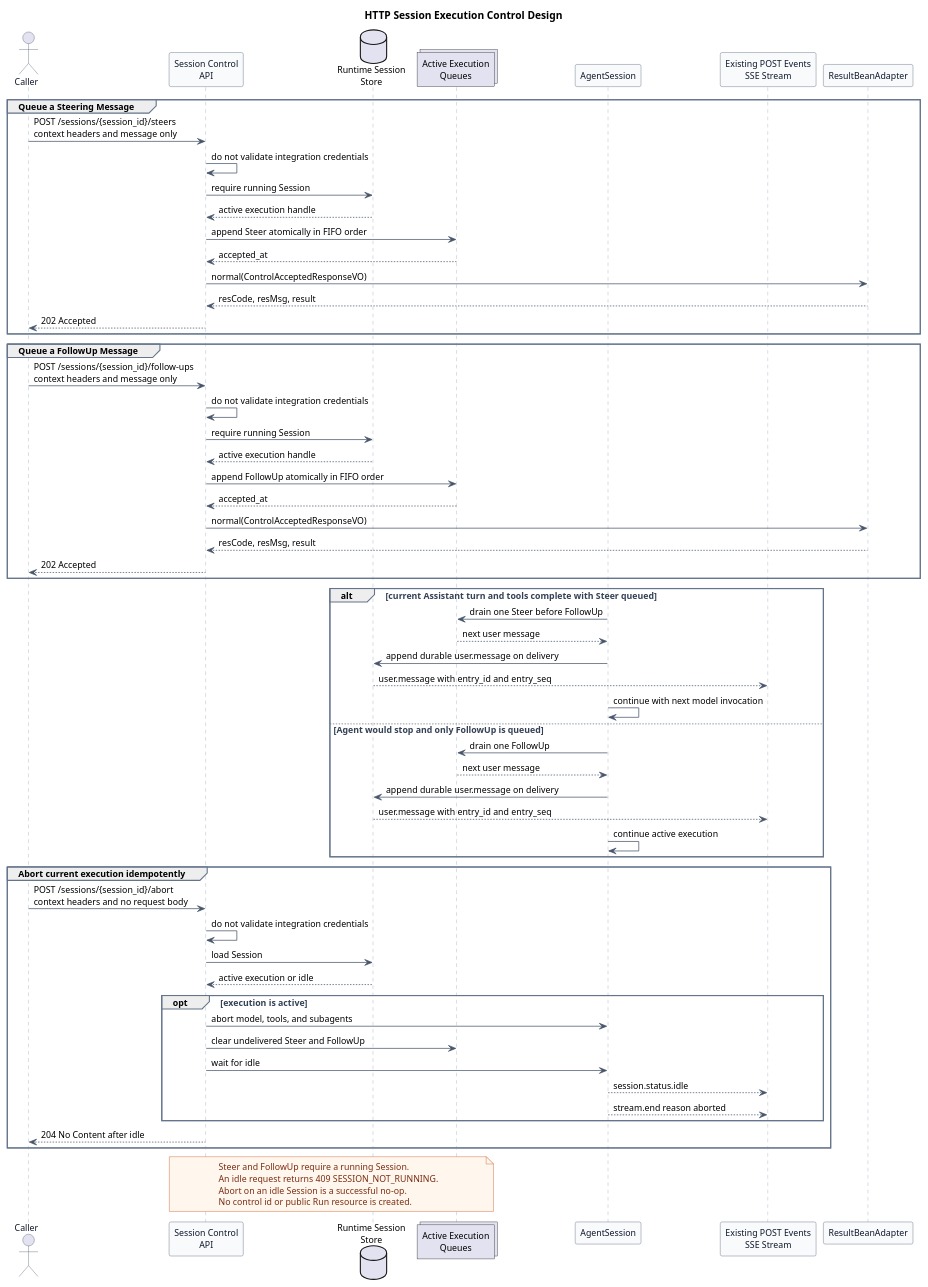
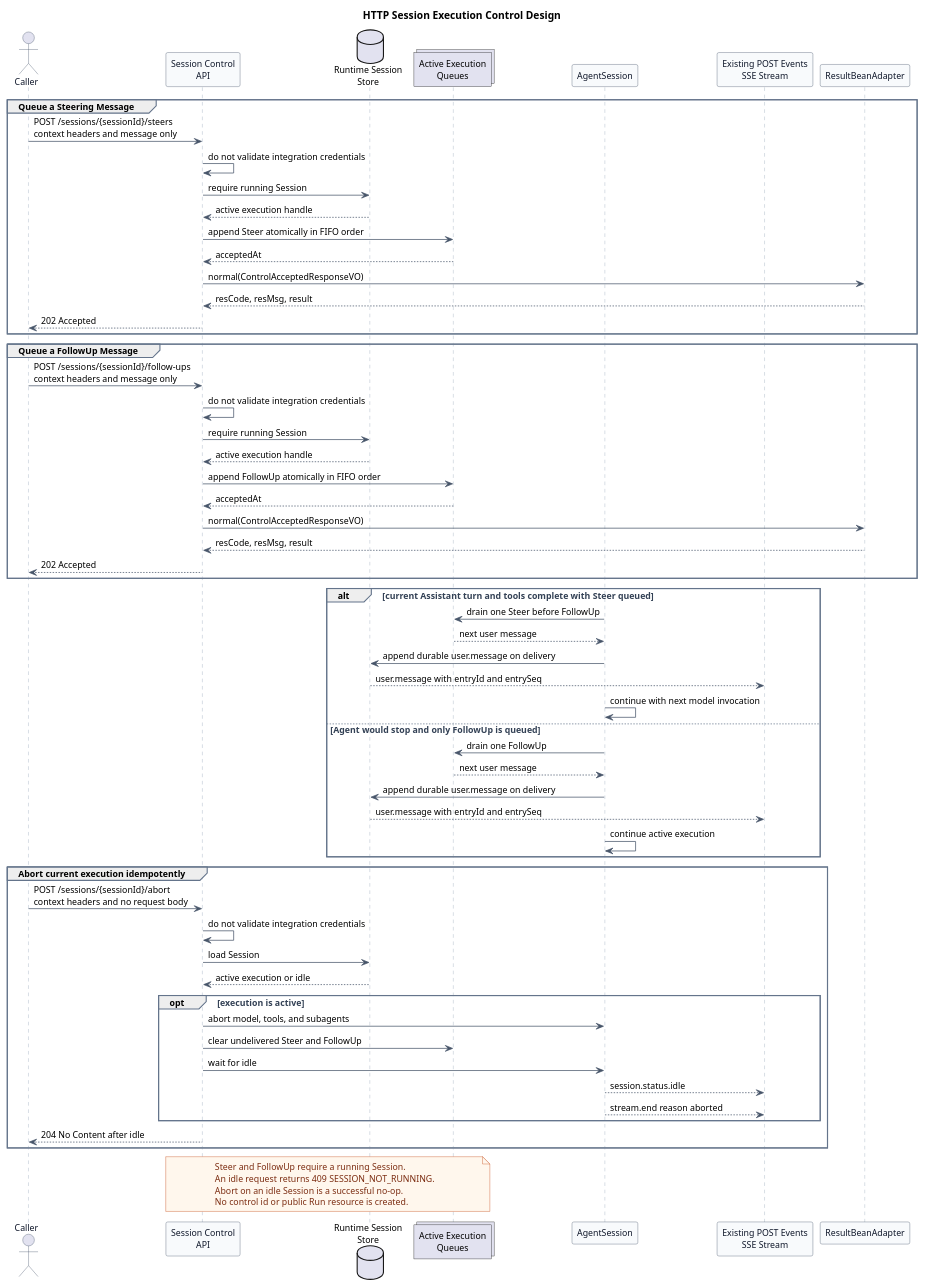
Before and after one commit to ssm0808/pi-mono-java-design: the first of 2 diagrams in pi-mono-java-manager-driven-multi-agent-runtime/diagrams/execution-control/diagram.puml, drawn with PlantUML. The commit also changed other lines of this file and 35 other files, not shown here.

Commit message:
docs(runtime): 统一 HTTP 字段为 lowerCamelCase

```diff
--- a/pi-mono-java-manager-driven-multi-agent-runtime/diagrams/execution-control/diagram.puml
+++ b/pi-mono-java-manager-driven-multi-agent-runtime/diagrams/execution-control/diagram.puml
@@ -1,112 +1,116 @@
 @startuml http_session_execution_controls
 title HTTP Session Execution Control Design
 
 ' Source evidence (pi-mono commit 086c32e74530564922d011ade23ff582c9d63116):
 ' packages/coding-agent/src/core/agent-session.ts, steer, followUp, clearQueue, and abort,
 ' lines 1336-1404 and 1516-1556
 ' packages/agent/src/agent.ts, steer, followUp, abort, and queue drain order,
 ' lines 275-319, 350-390, and 456-492
 ' packages/coding-agent/src/modes/rpc/rpc-mode.ts, steer, follow_up, and abort,
 ' lines 418-430
 ' Source evidence (pi-mono-java commit 8691e8800f05f28afe22499050c29220ef5b7475):
 ' modules/coding-agent-cli/src/main/java/com/campusclaw/codingagent/runtimeapi/session/RuntimeSessionControlService.java.
 ' modules/coding-agent-cli/src/main/java/com/campusclaw/codingagent/runtimeapi/web/RuntimeSessionControlController.java.
 ' modules/coding-agent-cli/src/main/java/com/campusclaw/codingagent/runtimeapi/runtime/RuntimeActiveExecution.java.
+' Source evidence (pi-mono-java commit 304eda06ff603fc9b6bbcaad0c296cc151a7defb):
+' modules/coding-agent-cli/src/main/java/com/campusclaw/codingagent/runtimeapi/vo/ControlMessageAcceptedResponseVO.java.
+' Observed behavior: current Java paths, session_id, and accepted_at response fields are snake_case.
 ' Observed behavior: pi keeps separate steering and follow-up queues, drains steering first,
 ' and aborts the current in-process run. Java now exposes text-only steer, follow-up, and abort.
 ' Observed behavior: three HTTP operations use Session scope because no public Run exists.
 ' Product constraint: v1 accepts text only, fixes one-at-a-time FIFO behavior, and projects
 ' a delivered control message as the existing durable user.message entry type.
 ' Product constraint: all Runtime operations carry integration-context headers without local validation.
+' Architecture change: target path and response fields use lowerCamelCase; header names remain unchanged.
 ' Design reason: separate control responses from the existing POST Events SSE response.
 
 skinparam backgroundColor #FFFFFF
 skinparam shadowing false
 skinparam defaultFontName Arial
 skinparam defaultFontSize 12
 skinparam sequence {
   ArrowColor #475569
   ActorBorderColor #475569
   ActorFontColor #0F172A
   LifeLineBorderColor #94A3B8
   LifeLineBackgroundColor #F8FAFC
   ParticipantBorderColor #475569
   ParticipantBackgroundColor #F8FAFC
   ParticipantFontColor #0F172A
   GroupBorderColor #64748B
   GroupFontColor #334155
 }
 skinparam note {
   BackgroundColor #FFF7ED
   BorderColor #C2410C
   FontColor #7C2D12
 }
 
 actor Caller
 participant "Session Control\nAPI" as API
 database "Runtime Session\nStore" as Store
 collections "Active Execution\nQueues" as Queue
 participant "AgentSession" as Session
 participant "Existing POST Events\nSSE Stream" as SSE
 participant ResultBeanAdapter
 
 group Queue a Steering Message
-  Caller -> API : POST /sessions/{session_id}/steers\ncontext headers and message only
+  Caller -> API : POST /sessions/{sessionId}/steers\ncontext headers and message only
   API -> API : do not validate integration credentials
   API -> Store : require running Session
   Store --> API : active execution handle
   API -> Queue : append Steer atomically in FIFO order
-  Queue --> API : accepted_at
+  Queue --> API : acceptedAt
   API -> ResultBeanAdapter : normal(ControlAcceptedResponseVO)
   ResultBeanAdapter --> API : resCode, resMsg, result
   API --> Caller : 202 Accepted
 end
 
 group Queue a FollowUp Message
-  Caller -> API : POST /sessions/{session_id}/follow-ups\ncontext headers and message only
+  Caller -> API : POST /sessions/{sessionId}/follow-ups\ncontext headers and message only
   API -> API : do not validate integration credentials
   API -> Store : require running Session
   Store --> API : active execution handle
   API -> Queue : append FollowUp atomically in FIFO order
-  Queue --> API : accepted_at
+  Queue --> API : acceptedAt
   API -> ResultBeanAdapter : normal(ControlAcceptedResponseVO)
   ResultBeanAdapter --> API : resCode, resMsg, result
   API --> Caller : 202 Accepted
 end
 
 alt current Assistant turn and tools complete with Steer queued
   Session -> Queue : drain one Steer before FollowUp
   Queue --> Session : next user message
   Session -> Store : append durable user.message on delivery
-  Store --> SSE : user.message with entry_id and entry_seq
+  Store --> SSE : user.message with entryId and entrySeq
   Session -> Session : continue with next model invocation
 else Agent would stop and only FollowUp is queued
   Session -> Queue : drain one FollowUp
   Queue --> Session : next user message
   Session -> Store : append durable user.message on delivery
-  Store --> SSE : user.message with entry_id and entry_seq
+  Store --> SSE : user.message with entryId and entrySeq
   Session -> Session : continue active execution
 end
 
 group Abort current execution idempotently
-  Caller -> API : POST /sessions/{session_id}/abort\ncontext headers and no request body
+  Caller -> API : POST /sessions/{sessionId}/abort\ncontext headers and no request body
   API -> API : do not validate integration credentials
   API -> Store : load Session
   Store --> API : active execution or idle
   opt execution is active
     API -> Session : abort model, tools, and subagents
     API -> Queue : clear undelivered Steer and FollowUp
     API -> Session : wait for idle
     Session --> SSE : session.status.idle
     Session --> SSE : stream.end reason aborted
   end
   API --> Caller : 204 No Content after idle
 end
 
 note over API,Queue
 Steer and FollowUp require a running Session.
 An idle request returns 409 SESSION_NOT_RUNNING.
 Abort on an idle Session is a successful no-op.
 No control id or public Run resource is created.
 end note
 @enduml
```
